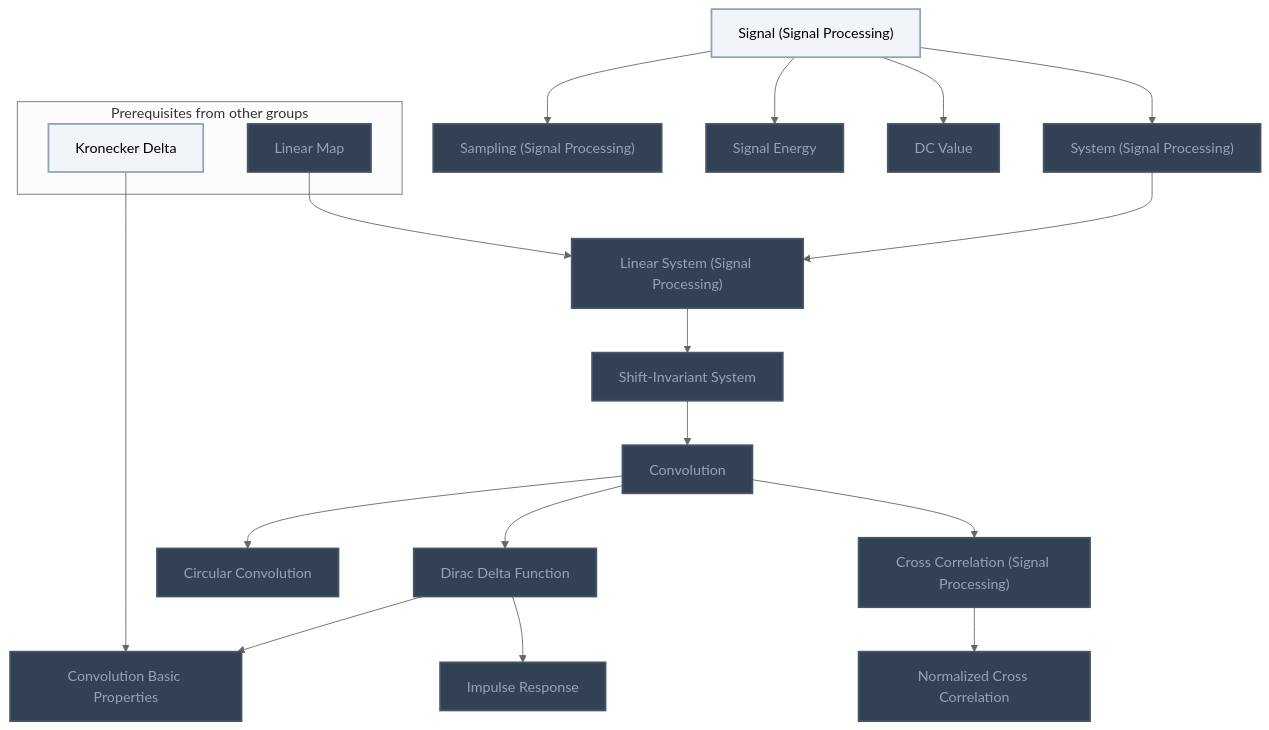
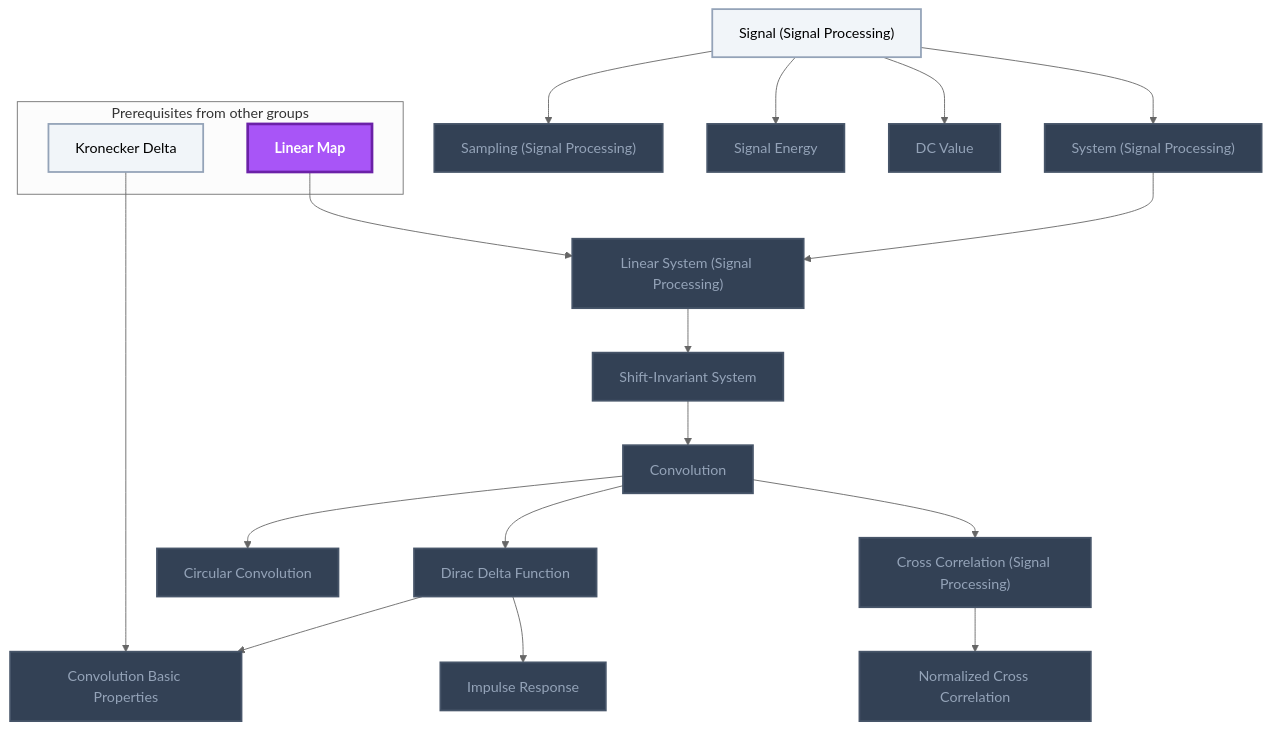
One commit to MRauf1/My-Notes changed the fourth of 11 diagrams in Gamification/Skill Trees/Computer Vision.md. Above: the diagram before and after it, drawn with Mermaid (neutral theme). The commit also changed other lines of this file and 57 other files, not shown here.

````diff
--- a/Gamification/Skill Trees/Computer Vision.md
+++ b/Gamification/Skill Trees/Computer Vision.md
@@ -176,48 +176,49 @@
 ```mermaid
 flowchart TD
     classDef planned fill:#1E293B,stroke:#64748B,stroke-width:2px,stroke-dasharray:5 5,color:#94A3B8;
     classDef locked fill:#334155,stroke:#475569,stroke-width:2px,color:#94A3B8;
     classDef L0 fill:#F1F5F9,stroke:#94A3B8,stroke-width:2px,color:#000000;
     classDef L1 fill:#22C55E,stroke:#15803D,stroke-width:2px,color:#000000;
     classDef L2 fill:#3B82F6,stroke:#1D4ED8,stroke-width:3px,color:#FFFFFF;
     classDef L3 fill:#A855F7,stroke:#6B21A8,stroke-width:3px,color:#FFFFFF,font-weight:bold;
     classDef L4 fill:#F97316,stroke:#C2410C,stroke-width:4px,color:#000000,font-weight:bold;
     classDef L5 fill:#FFD700,stroke:#FF8C00,stroke-width:5px,color:#000000,font-weight:bold;
     classDef rusty stroke:#8B4513,stroke-width:4px,stroke-dasharray:3 3;
     subgraph sg_prereqs["Prerequisites from other groups"]
         n_linear_map["Linear Map"]
         n_kronecker_delta["Kronecker Delta"]
     end
     n_signal_signal_processing["Signal (Signal Processing)"]
     n_sampling_signal_processing["Sampling (Signal Processing)"]
     n_signal_energy["Signal Energy"]
     n_dc_value["DC Value"]
     n_system_signal_processing["System (Signal Processing)"]
     n_linear_system_signal_processing["Linear System (Signal Processing)"]
     n_shift_invariant_system["Shift-Invariant System"]
     n_convolution["Convolution"]
     n_dirac_delta_function["Dirac Delta Function"]
     n_convolution_basic_properties["Convolution Basic Properties"]
     n_circular_convolution["Circular Convolution"]
     n_impulse_response["Impulse Response"]
     n_cross_correlation_signal_processing["Cross Correlation (Signal Processing)"]
     n_normalized_cross_correlation["Normalized Cross Correlation"]
     n_signal_signal_processing --> n_sampling_signal_processing
     n_signal_signal_processing --> n_signal_energy
     n_signal_signal_processing --> n_dc_value
     n_signal_signal_processing --> n_system_signal_processing
     n_linear_map --> n_linear_system_signal_processing
     n_system_signal_processing --> n_linear_system_signal_processing
     n_linear_system_signal_processing --> n_shift_invariant_system
     n_shift_invariant_system --> n_convolution
     n_convolution --> n_dirac_delta_function
     n_kronecker_delta --> n_convolution_basic_properties
     n_dirac_delta_function --> n_convolution_basic_properties
     n_convolution --> n_circular_convolution
     n_dirac_delta_function --> n_impulse_response
     n_convolution --> n_cross_correlation_signal_processing
     n_cross_correlation_signal_processing --> n_normalized_cross_correlation
-    class n_linear_map,n_sampling_signal_processing,n_signal_energy,n_dc_value,n_system_signal_processing,n_linear_system_signal_processing,n_shift_invariant_system,n_convolution,n_dirac_delta_function,n_convolution_basic_properties,n_circular_convolution,n_impulse_response,n_cross_correlation_signal_processing,n_normalized_cross_correlation locked;
+    class n_sampling_signal_processing,n_signal_energy,n_dc_value,n_system_signal_processing,n_linear_system_signal_processing,n_shift_invariant_system,n_convolution,n_dirac_delta_function,n_convolution_basic_properties,n_circular_convolution,n_impulse_response,n_cross_correlation_signal_processing,n_normalized_cross_correlation locked;
     class n_kronecker_delta,n_signal_signal_processing L0;
+    class n_linear_map L3;
     class n_linear_map,n_kronecker_delta,n_signal_signal_processing,n_sampling_signal_processing,n_signal_energy,n_dc_value,n_system_signal_processing,n_linear_system_signal_processing,n_shift_invariant_system,n_convolution,n_dirac_delta_function,n_convolution_basic_properties,n_circular_convolution,n_impulse_response,n_cross_correlation_signal_processing,n_normalized_cross_correlation internal-link;
 ```
````
